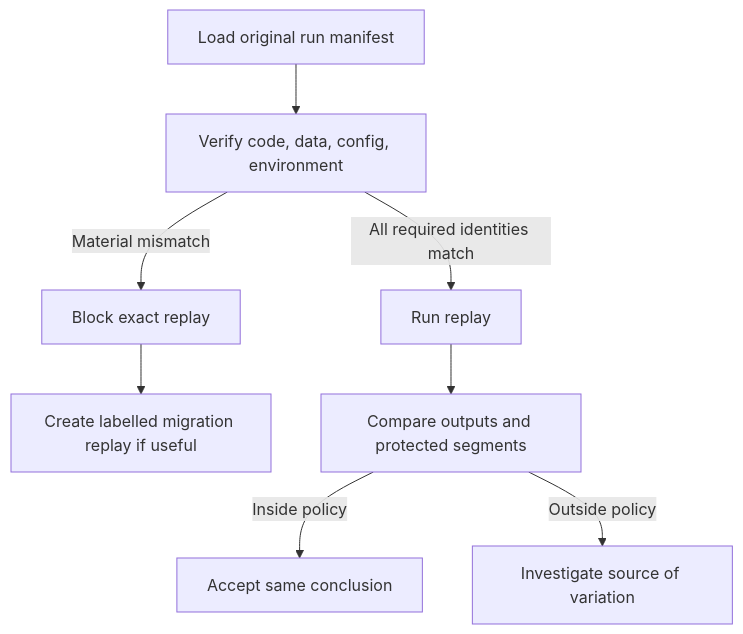
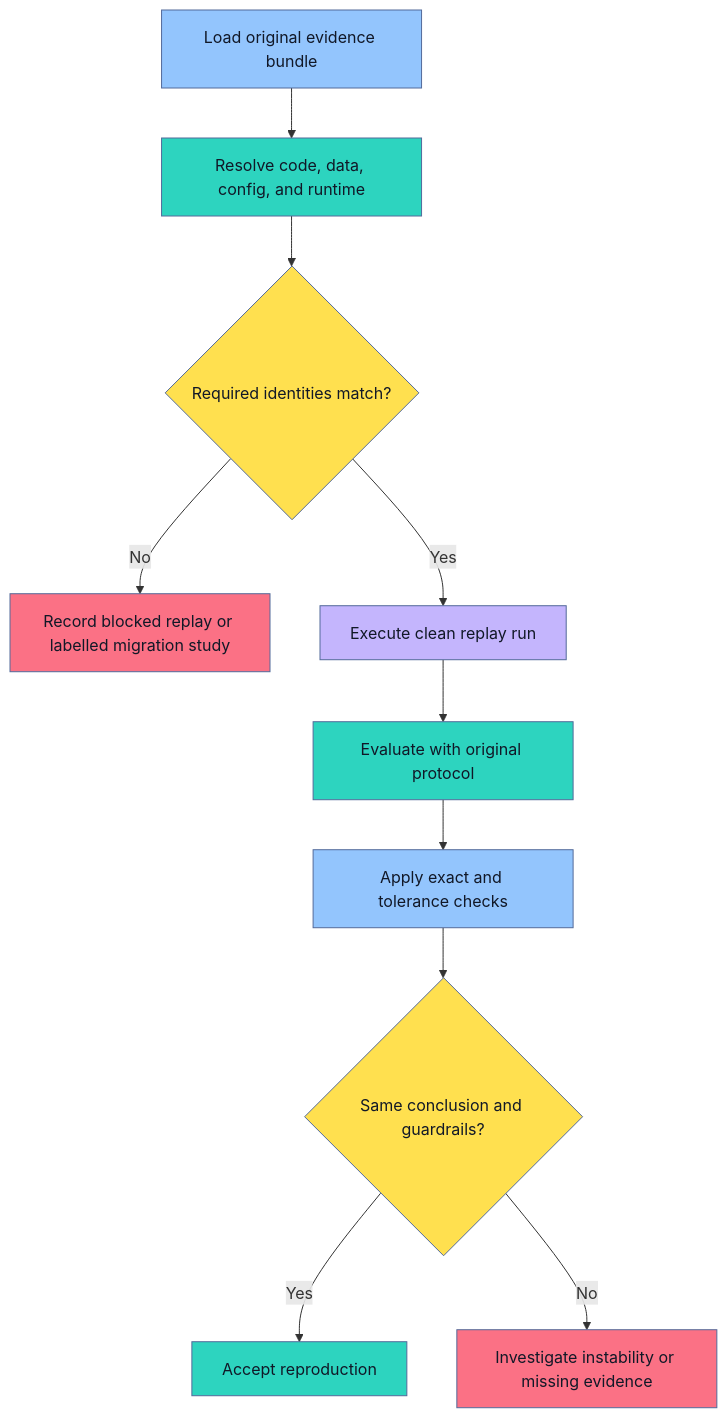
The ninth of 9 diagrams in roadmaps/mlops/modules/experiments-and-reproducibility/experiment-tracking/01-reproducible-ml-experiments.md (senlinyy/dev-roadmaps), drawn with Mermaid before and after one commit. The commit also changed other lines of this file and 198 other files, not shown here.

````diff
--- a/roadmaps/mlops/modules/experiments-and-reproducibility/experiment-tracking/01-reproducible-ml-experiments.md
+++ b/roadmaps/mlops/modules/experiments-and-reproducibility/experiment-tracking/01-reproducible-ml-experiments.md
@@ -117,10 +471,23 @@
 ```mermaid
 flowchart TD
-    S["Load original run manifest"] --> V["Verify code, data, config, environment"]
-    V -->|"All required identities match"| R["Run replay"]
-    V -->|"Material mismatch"| B["Block exact replay"]
-    B --> M["Create labelled migration replay if useful"]
-    R --> C["Compare outputs and protected segments"]
-    C -->|"Inside policy"| A["Accept same conclusion"]
-    C -->|"Outside policy"| I["Investigate source of variation"]
+    A["Load original evidence bundle"] --> B["Resolve code, data, config, and runtime"]
+    B --> C{"Required identities match?"}
+    C -->|"No"| D["Record blocked replay or labelled migration study"]
+    C -->|"Yes"| E["Execute clean replay run"]
+    E --> F["Evaluate with original protocol"]
+    F --> G["Apply exact and tolerance checks"]
+    G --> H{"Same conclusion and guardrails?"}
+    H -->|"Yes"| I["Accept reproduction"]
+    H -->|"No"| J["Investigate instability or missing evidence"]
+
+    style A fill:#93C5FD,stroke:#536A9A,color:#111827
+    style B fill:#2DD4BF,stroke:#536A9A,color:#111827
+    style C fill:#FFE04F,stroke:#536A9A,color:#111827
+    style D fill:#FB7185,stroke:#536A9A,color:#111827
+    style E fill:#C4B5FD,stroke:#536A9A,color:#111827
+    style F fill:#2DD4BF,stroke:#536A9A,color:#111827
+    style G fill:#93C5FD,stroke:#536A9A,color:#111827
+    style H fill:#FFE04F,stroke:#536A9A,color:#111827
+    style I fill:#2DD4BF,stroke:#536A9A,color:#111827
+    style J fill:#FB7185,stroke:#536A9A,color:#111827
 ```
````
